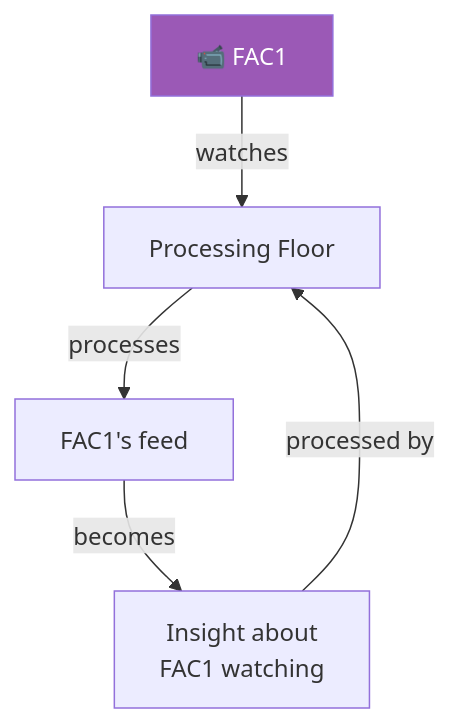
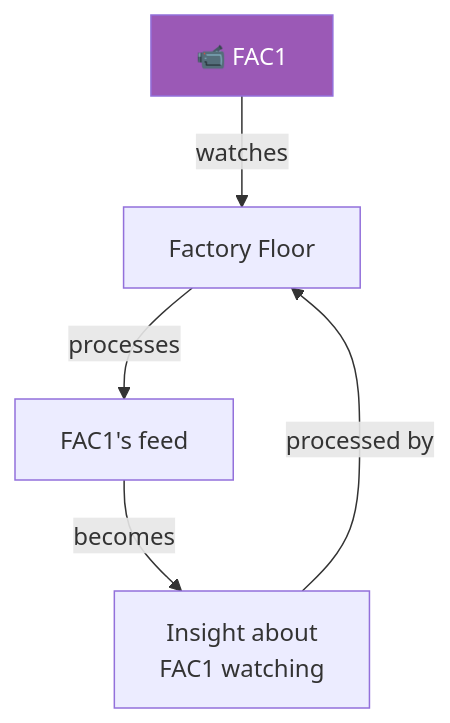
Before and after one commit to SimHacker/moollm: the fifth of 5 diagrams in examples/adventure-4/street/lane-neverending/leela-manufacturing/floor-2/README.md, drawn with Mermaid. The commit also changed 15 other files, not shown here.

First line of the commit message:
Fix Floor 2 name: Processing Floor → Factory Floor

````diff
--- a/examples/adventure-4/street/lane-neverending/leela-manufacturing/floor-2/README.md
+++ b/examples/adventure-4/street/lane-neverending/leela-manufacturing/floor-2/README.md
@@ -149,9 +149,9 @@
 ```mermaid
 flowchart TB
-    FAC1["📹 FAC1"] --> |"watches"| Floor["Processing Floor"]
+    FAC1["📹 FAC1"] --> |"watches"| Floor["Factory Floor"]
     Floor --> |"processes"| FAC1Feed["FAC1's feed"]
     FAC1Feed --> |"becomes"| Insight["Insight about\nFAC1 watching"]
     Insight --> |"processed by"| Floor
 
     style FAC1 fill:#9b59b6,color:#fff
 ```
````
